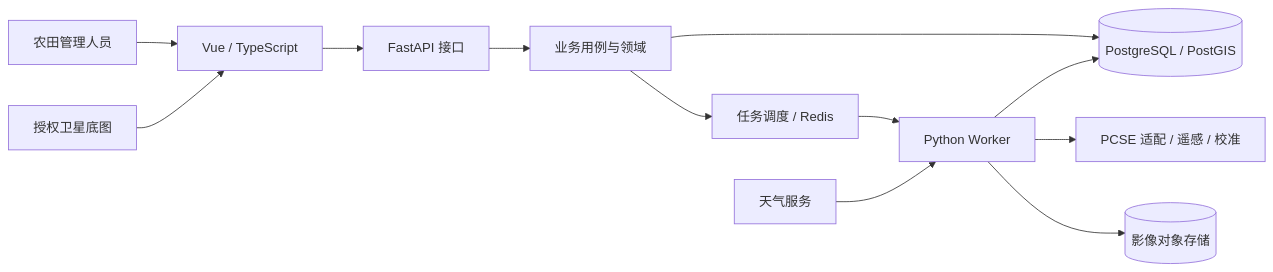
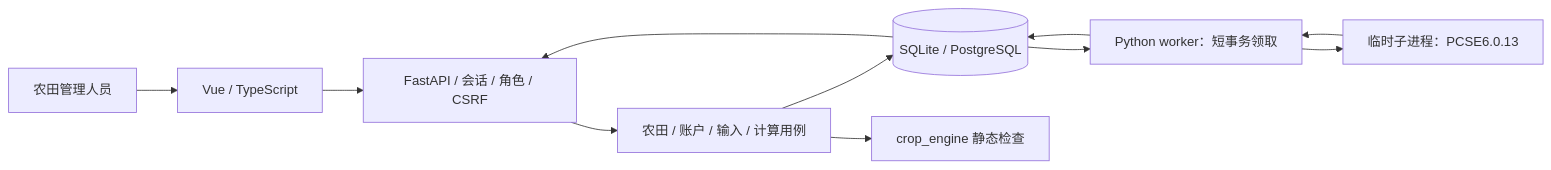
One commit to TensorJade/crop-digital-twin changed the diagram in docs/architecture.md. Above: the diagram before and after it, drawn with Mermaid. The commit also changed other lines of this file and 69 other files, not shown here.

Commit message:
feat(simulation): run isolated PCSE potential growth with durable SQL jobs

````diff
--- a/docs/architecture.md
+++ b/docs/architecture.md
@@ -5,14 +5,13 @@
-```mermaid
+~~~mermaid
 flowchart LR
-    U[农田管理人员] --> WEB[Vue / TypeScript]
-    WEB --> API[FastAPI 接口]
-    API --> APP[业务用例与领域]
-    APP --> DB[(PostgreSQL / PostGIS)]
-    APP --> Q[任务调度 / Redis]
-    Q --> W[Python Worker]
-    W --> E[PCSE 适配 / 遥感 / 校准]
-    W --> DB
-    W --> O[(影像对象存储)]
-    WEATHER[天气服务] --> W
-    MAP[授权卫星底图] --> WEB
-```
+  U[农田管理人员] --> WEB[Vue / TypeScript]
+  WEB --> API[FastAPI / 会话 / 角色 / CSRF]
+  API --> APP[农田 / 账户 / 输入 / 计算用例]
+  APP --> DB[(SQLite / PostgreSQL)]
+  APP --> CHECK[crop_engine 静态检查]
+  DB --> W[Python worker：短事务领取]
+  W --> P[临时子进程：PCSE6.0.13]
+  P --> W
+  W --> DB
+  DB --> API
+~~~
````
